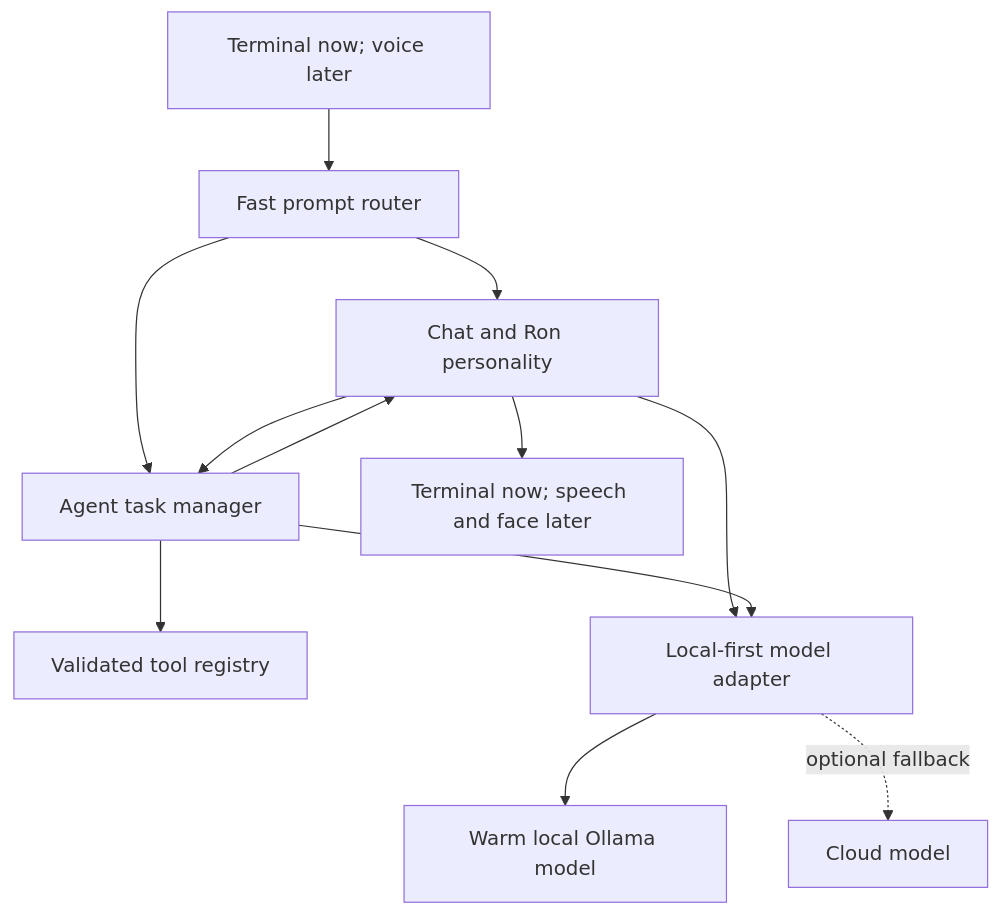
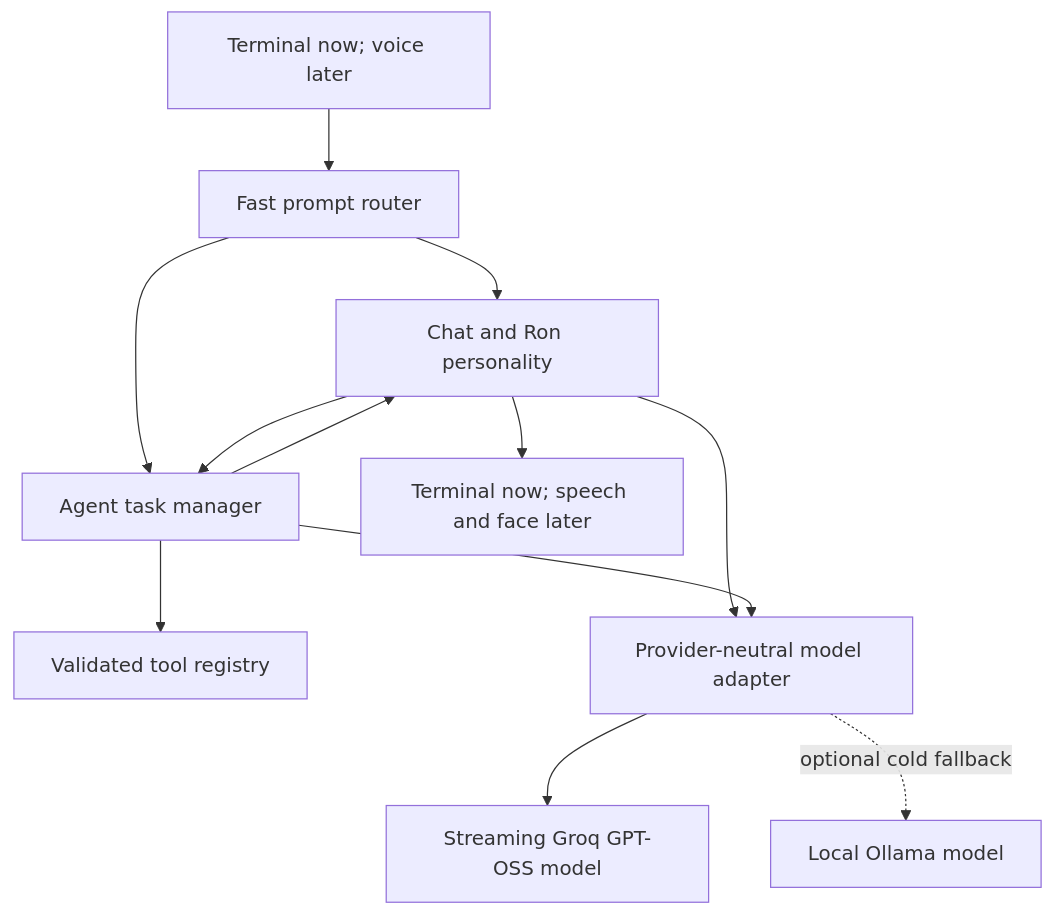
The diagram in docs/AI_ARCHITECTURE.md (alex-codes-things/ron-personal-assistant), drawn with Mermaid before and after one commit. The commit also changed other lines of this file and 131 other files, not shown here.

````diff
--- a/docs/AI_ARCHITECTURE.md
+++ b/docs/AI_ARCHITECTURE.md
@@ -26,14 +26,14 @@
 ```mermaid
 flowchart TD
     Input["Terminal now; voice later"] --> Router["Fast prompt router"]
     Router --> Chat["Chat and Ron personality"]
     Router --> Agent["Agent task manager"]
     Chat --> Agent
     Agent --> Tools["Validated tool registry"]
-    Chat --> Models["Local-first model adapter"]
+    Chat --> Models["Provider-neutral model adapter"]
     Agent --> Models
-    Models --> Local["Warm local Ollama model"]
-    Models -. optional fallback .-> Cloud["Cloud model"]
+    Models --> Cloud["Streaming Groq GPT-OSS model"]
+    Models -. optional cold fallback .-> Local["Local Ollama model"]
     Chat --> Output["Terminal now; speech and face later"]
     Agent --> Chat
 ```
````
